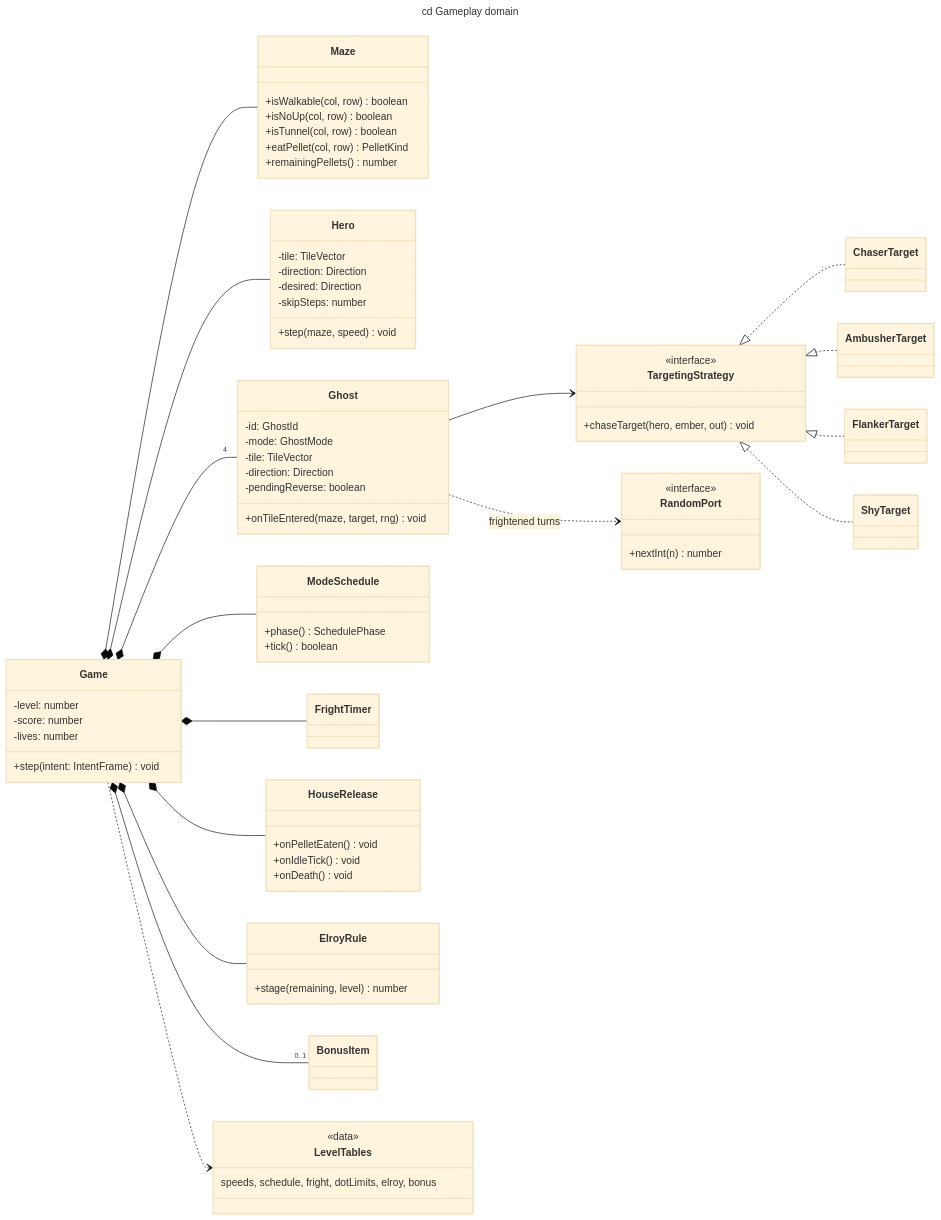
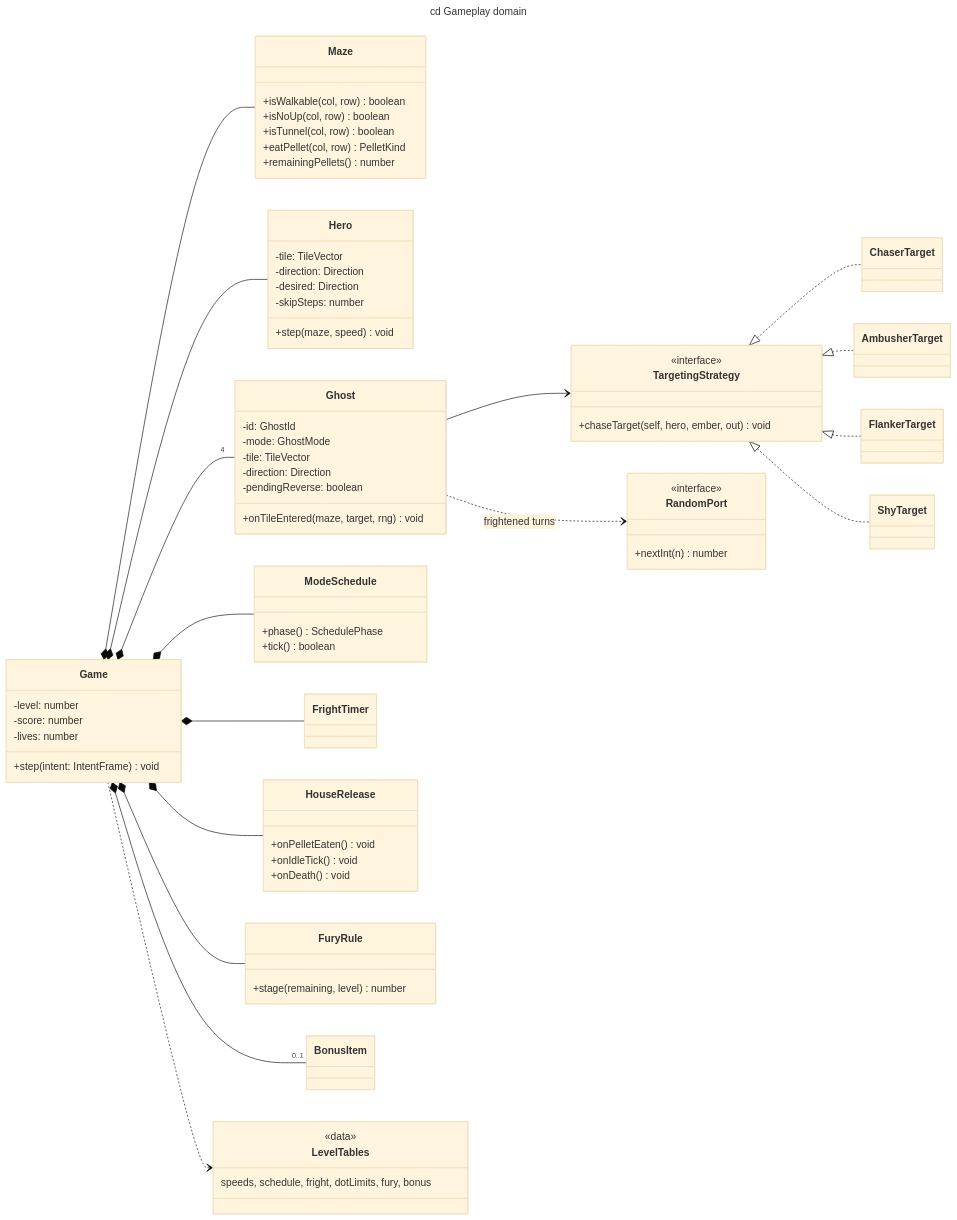
One commit to benoit-bremaud/retro-maze changed the diagram in docs/architecture/diagrams/game/03-class-domain.md. Above: the diagram before and after it, drawn with Mermaid (base theme). The commit also changed 8 other files, not shown here.

````diff
--- a/docs/architecture/diagrams/game/03-class-domain.md
+++ b/docs/architecture/diagrams/game/03-class-domain.md
@@ -8,81 +8,81 @@
 ```mermaid
 ---
 title: cd Gameplay domain
 ---
 classDiagram
   direction LR
   class Game {
     +step(intent: IntentFrame) void
     -level: number
     -score: number
     -lives: number
   }
   class Maze {
     +isWalkable(col, row) boolean
     +isNoUp(col, row) boolean
     +isTunnel(col, row) boolean
     +eatPellet(col, row) PelletKind
     +remainingPellets() number
   }
   class Hero {
     -tile: TileVector
     -direction: Direction
     -desired: Direction
     -skipSteps: number
     +step(maze, speed) void
   }
   class Ghost {
     -id: GhostId
     -mode: GhostMode
     -tile: TileVector
     -direction: Direction
     -pendingReverse: boolean
     +onTileEntered(maze, target, rng) void
   }
   class TargetingStrategy {
     <<interface>>
-    +chaseTarget(hero, ember, out) void
+    +chaseTarget(self, hero, ember, out) void
   }
   class ChaserTarget
   class AmbusherTarget
   class FlankerTarget
   class ShyTarget
   class ModeSchedule {
     +phase() SchedulePhase
     +tick() boolean
   }
   class FrightTimer
   class HouseRelease {
     +onPelletEaten() void
     +onIdleTick() void
     +onDeath() void
   }
-  class ElroyRule {
+  class FuryRule {
     +stage(remaining, level) number
   }
   class BonusItem
   class LevelTables {
     <<data>>
-    speeds, schedule, fright, dotLimits, elroy, bonus
+    speeds, schedule, fright, dotLimits, fury, bonus
   }
   class RandomPort {
     <<interface>>
     +nextInt(n) number
   }
 
   Game *-- Maze
   Game *-- Hero
   Game *-- "4" Ghost
   Game *-- ModeSchedule
   Game *-- FrightTimer
   Game *-- HouseRelease
-  Game *-- ElroyRule
+  Game *-- FuryRule
   Game *-- "0..1" BonusItem
   Game ..> LevelTables
   Ghost --> TargetingStrategy
   TargetingStrategy <|.. ChaserTarget
   TargetingStrategy <|.. AmbusherTarget
   TargetingStrategy <|.. FlankerTarget
   TargetingStrategy <|.. ShyTarget
   Ghost ..> RandomPort : frightened turns
 ```
````
